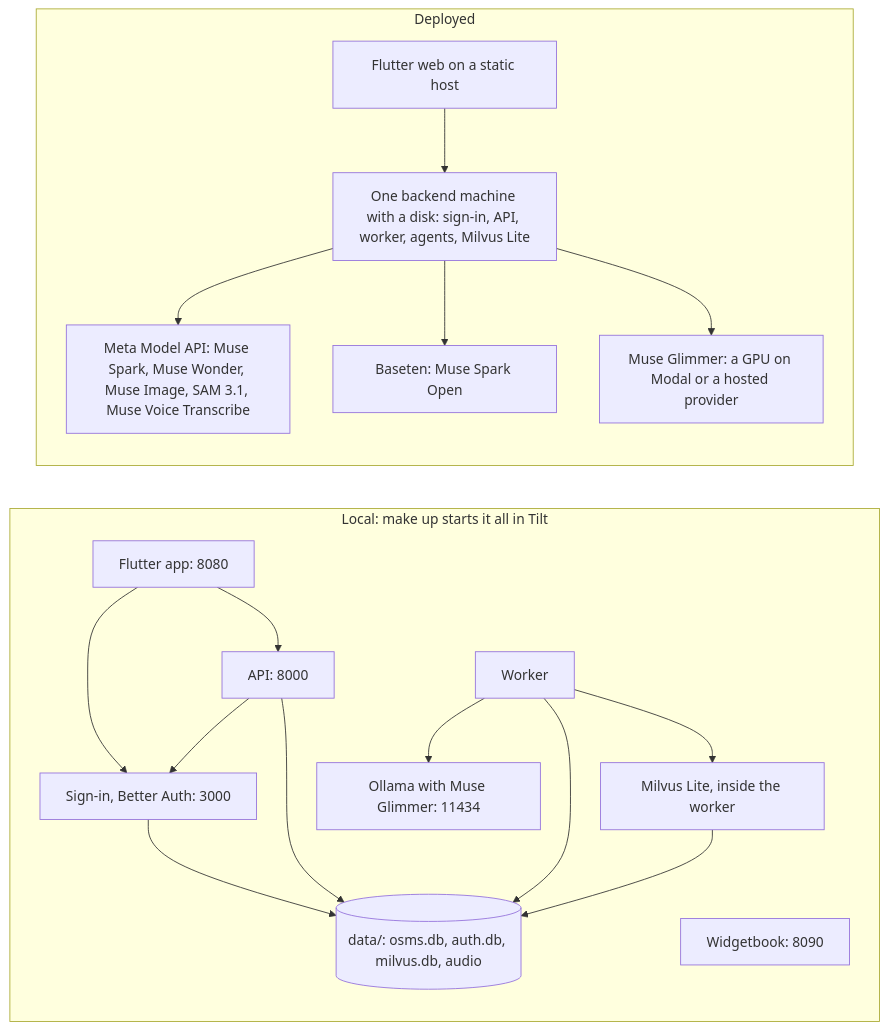
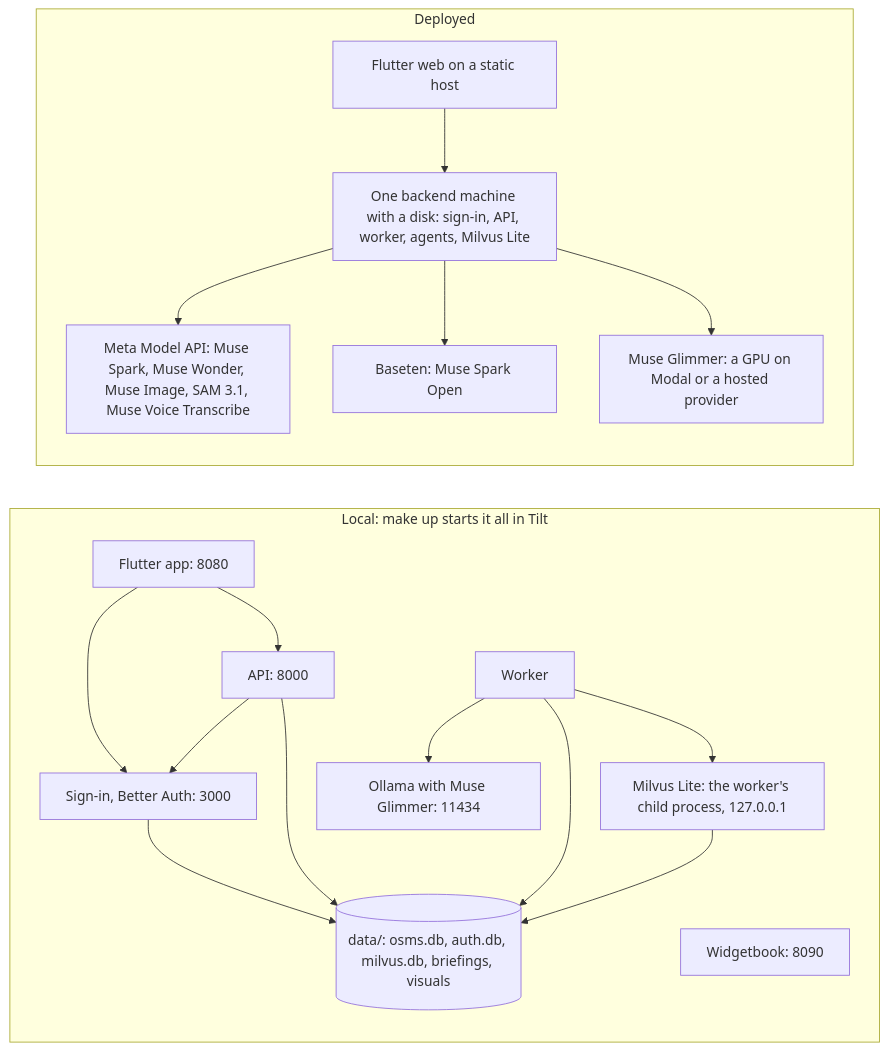
The eighth of 8 diagrams in docs/architecture.md (ThivaV/OSMS), drawn with Mermaid before and after one commit. The commit also changed other lines of this file and 23 other files, not shown here.

````diff
--- a/docs/architecture.md
+++ b/docs/architecture.md
@@ -568,35 +596,35 @@
 ```mermaid
 flowchart LR
     subgraph laptop["Local: make up starts it all in Tilt"]
         l_app["Flutter app: 8080"]
         l_auth["Sign-in, Better Auth: 3000"]
         l_wb["Widgetbook: 8090"]
         l_api["API: 8000"]
         l_worker["Worker"]
-        l_milvus["Milvus Lite, inside the worker"]
+        l_milvus["Milvus Lite: the worker's child process, 127.0.0.1"]
         l_glimmer["Ollama with Muse Glimmer: 11434"]
-        l_data[("data/: osms.db, auth.db, milvus.db, audio")]
+        l_data[("data/: osms.db, auth.db, milvus.db, briefings, visuals")]
     end
 
     subgraph cloud["Deployed"]
         web["Flutter web on a static host"]
         box["One backend machine with a disk: sign-in, API, worker, agents, Milvus Lite"]
         meta["Meta Model API: Muse Spark, Muse Wonder, Muse Image, SAM 3.1, Muse Voice Transcribe"]
         baseten["Baseten: Muse Spark Open"]
         glimmer["Muse Glimmer: a GPU on Modal or a hosted provider"]
     end
 
     l_app --> l_auth
     l_app --> l_api
     l_auth --> l_data
     l_api --> l_auth
     l_api --> l_data
     l_worker --> l_data
     l_worker --> l_milvus
     l_worker --> l_glimmer
     l_milvus --> l_data
     web --> box
     box --> meta
     box --> baseten
     box --> glimmer
 ```
````
